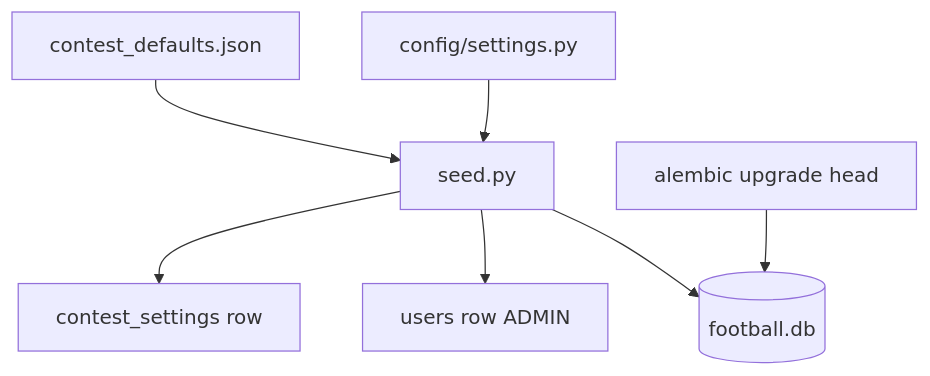
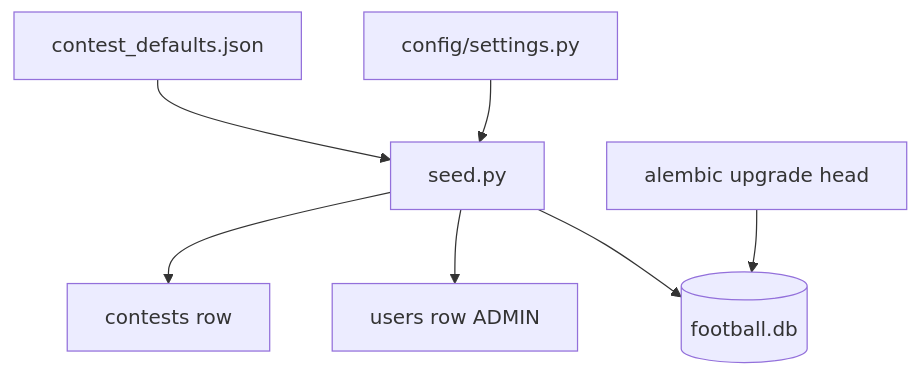
Before and after one commit to VladimirPyat/football_prog: the diagram in manuals/CONFIG.md, drawn with Mermaid. The commit also changed other lines of this file and 49 other files, not shown here.

````diff
--- a/manuals/CONFIG.md
+++ b/manuals/CONFIG.md
@@ -130,9 +133,9 @@
 ```mermaid
 flowchart TD
     A[contest_defaults.json] --> B[seed.py]
     C[config/settings.py] --> B
-    B --> D[contest_settings row]
+    B --> D[contests row]
     B --> E[users row ADMIN]
     F[alembic upgrade head] --> G[(football.db)]
     B --> G
 ```
````
